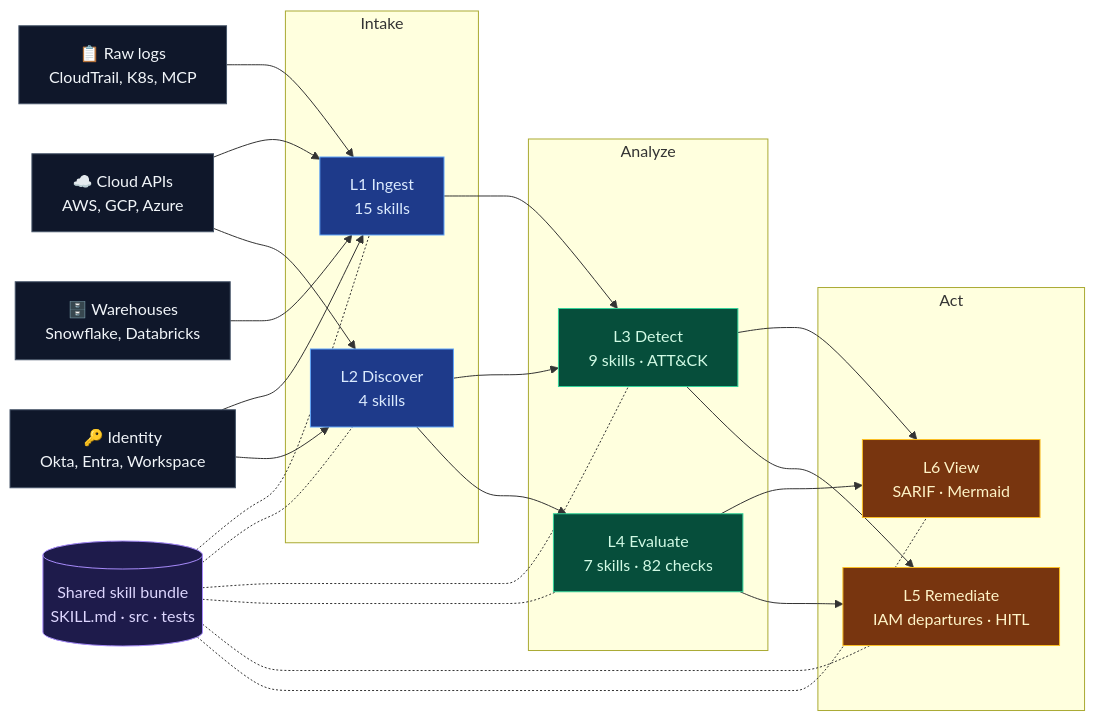
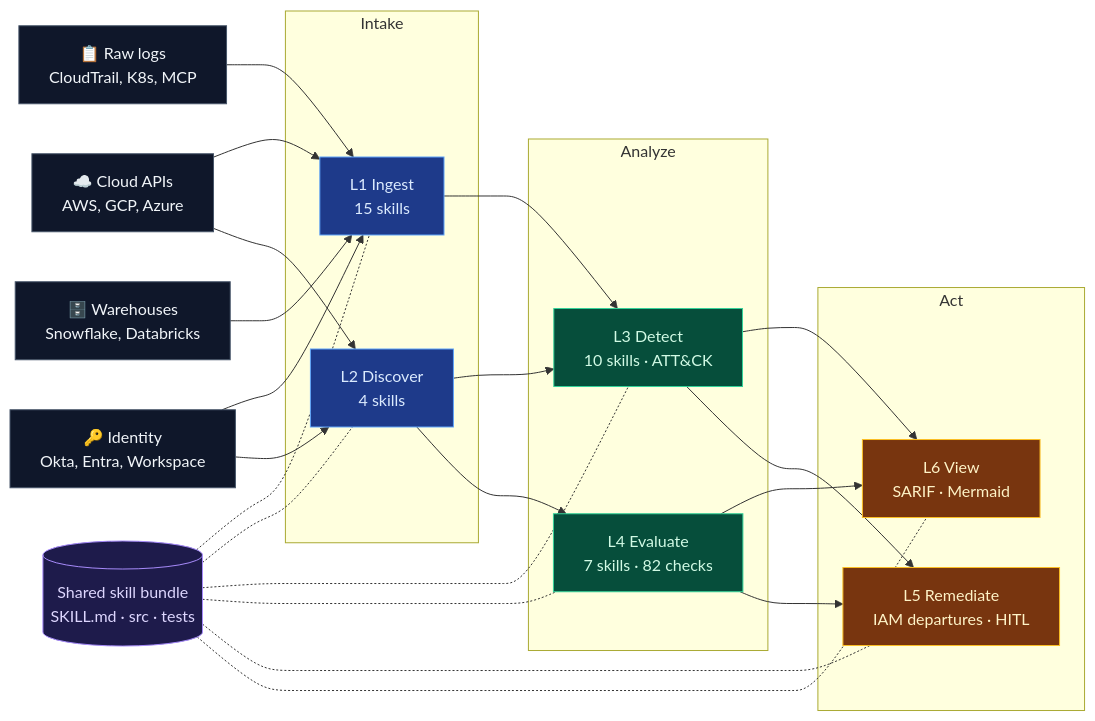
One commit to msaad00/cloud-ai-security-skills changed the first of 2 diagrams in README.md. Above: the diagram before and after it, drawn with Mermaid. The commit also changed other lines of this file and 4 other files, not shown here.

````diff
--- a/README.md
+++ b/README.md
@@ -54,50 +54,50 @@
 ```mermaid
 flowchart LR
     classDef signal fill:#0f172a,stroke:#475569,color:#f1f5f9
     classDef intake fill:#1e3a8a,stroke:#60a5fa,color:#dbeafe
     classDef analyze fill:#064e3b,stroke:#34d399,color:#d1fae5
     classDef act fill:#78350f,stroke:#fbbf24,color:#fef3c7
     classDef bundle fill:#1e1b4b,stroke:#a78bfa,color:#ddd6fe
 
     cloud["☁️ Cloud APIs<br/>AWS, GCP, Azure"]:::signal
     logs["📋 Raw logs<br/>CloudTrail, K8s, MCP"]:::signal
     idp["🔑 Identity<br/>Okta, Entra, Workspace"]:::signal
     lake["🗄️ Warehouses<br/>Snowflake, Databricks"]:::signal
 
     subgraph Intake
         ingest["L1 Ingest<br/>15 skills"]:::intake
         discover["L2 Discover<br/>4 skills"]:::intake
     end
     subgraph Analyze
-        detect["L3 Detect<br/>9 skills · ATT&amp;CK"]:::analyze
+        detect["L3 Detect<br/>10 skills · ATT&amp;CK"]:::analyze
         evaluate["L4 Evaluate<br/>7 skills · 82 checks"]:::analyze
     end
     subgraph Act
         remediate["L5 Remediate<br/>IAM departures · HITL"]:::act
         view["L6 View<br/>SARIF · Mermaid"]:::act
     end
 
     bundle[("Shared skill bundle<br/>SKILL.md · src · tests")]:::bundle
 
     cloud --> ingest
     cloud --> discover
     logs --> ingest
     idp --> ingest
     idp --> discover
     lake --> ingest
 
     ingest --> detect
     discover --> detect
     discover --> evaluate
     detect --> view
     detect --> remediate
     evaluate --> view
     evaluate --> remediate
 
     bundle -.- ingest
     bundle -.- discover
     bundle -.- detect
     bundle -.- evaluate
     bundle -.- remediate
     bundle -.- view
 ```
````
